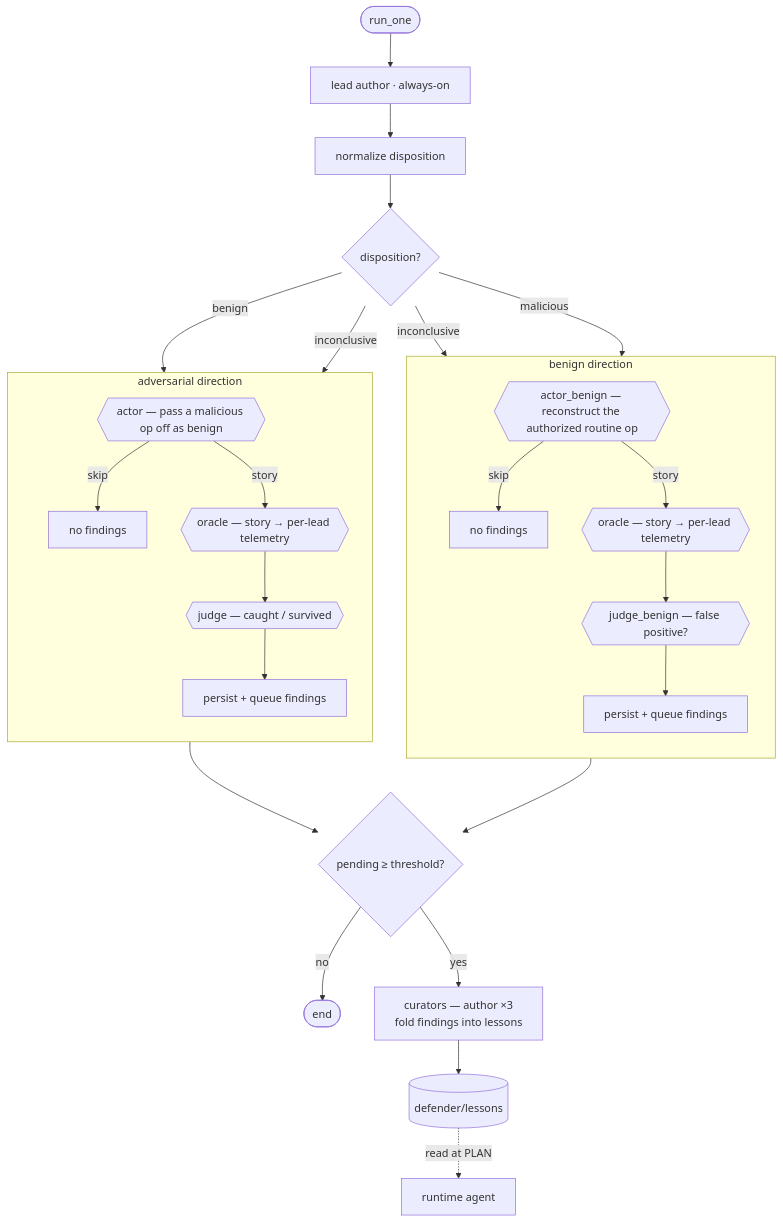
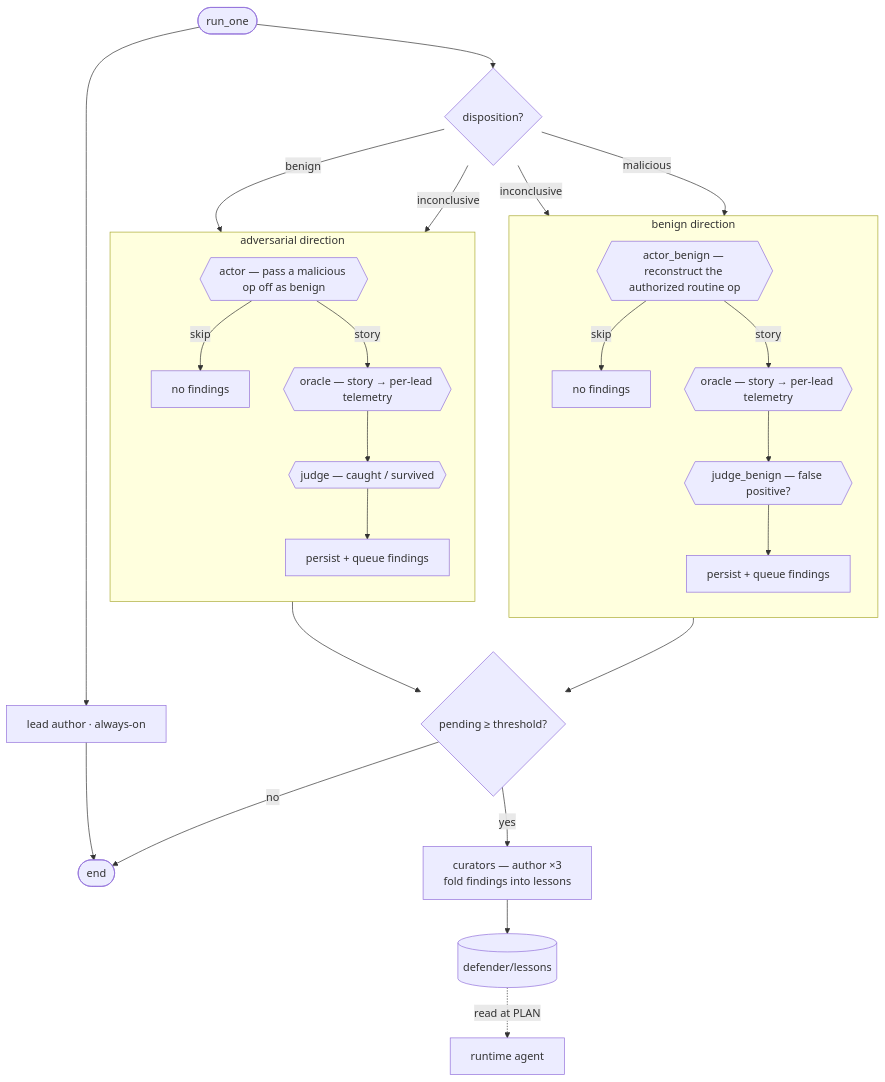
The second of 2 diagrams in README.md (beetroot-salad/cyber-response-agent), drawn with Mermaid before and after one commit.

Commit message:
docs: parallelize lead author, drop normalize node in loop diagram
run_one now fans out to the always-on lead author and the disposition
branch in parallel; remove the normalize-disposition node.

````diff
--- a/README.md
+++ b/README.md
@@ -38,35 +38,35 @@
 ```mermaid
 flowchart TD
     R([run_one]) --> LA[lead author · always-on]
-    LA --> ND[normalize disposition]
-    ND --> D{disposition?}
+    R --> D{disposition?}
+    LA --> E
     D -->|benign| ADV
     D -->|inconclusive| ADV
     D -->|inconclusive| BEN
     D -->|malicious| BEN
 
     subgraph ADV [adversarial direction]
       direction TB
       A1{{"actor — pass a malicious op off as benign"}}
       A1 -->|skip| AX[no findings]
       A1 -->|story| AO{{"oracle — story → per-lead telemetry"}}
       AO --> AJ{{"judge — caught / survived"}}
       AJ --> APP[persist + queue findings]
     end
 
     subgraph BEN [benign direction]
       direction TB
       B1{{"actor_benign — reconstruct the authorized routine op"}}
       B1 -->|skip| BX[no findings]
       B1 -->|story| BO{{"oracle — story → per-lead telemetry"}}
       BO --> BJ{{"judge_benign — false positive?"}}
       BJ --> BPP[persist + queue findings]
     end
 
     ADV --> T{pending ≥ threshold?}
     BEN --> T
     T -->|no| E([end])
     T -->|yes| CUR["curators — author ×3<br/>fold findings into lessons"]
     CUR --> L[(defender/lessons)]
     L -.->|read at PLAN| RT[runtime agent]
 ```
````
